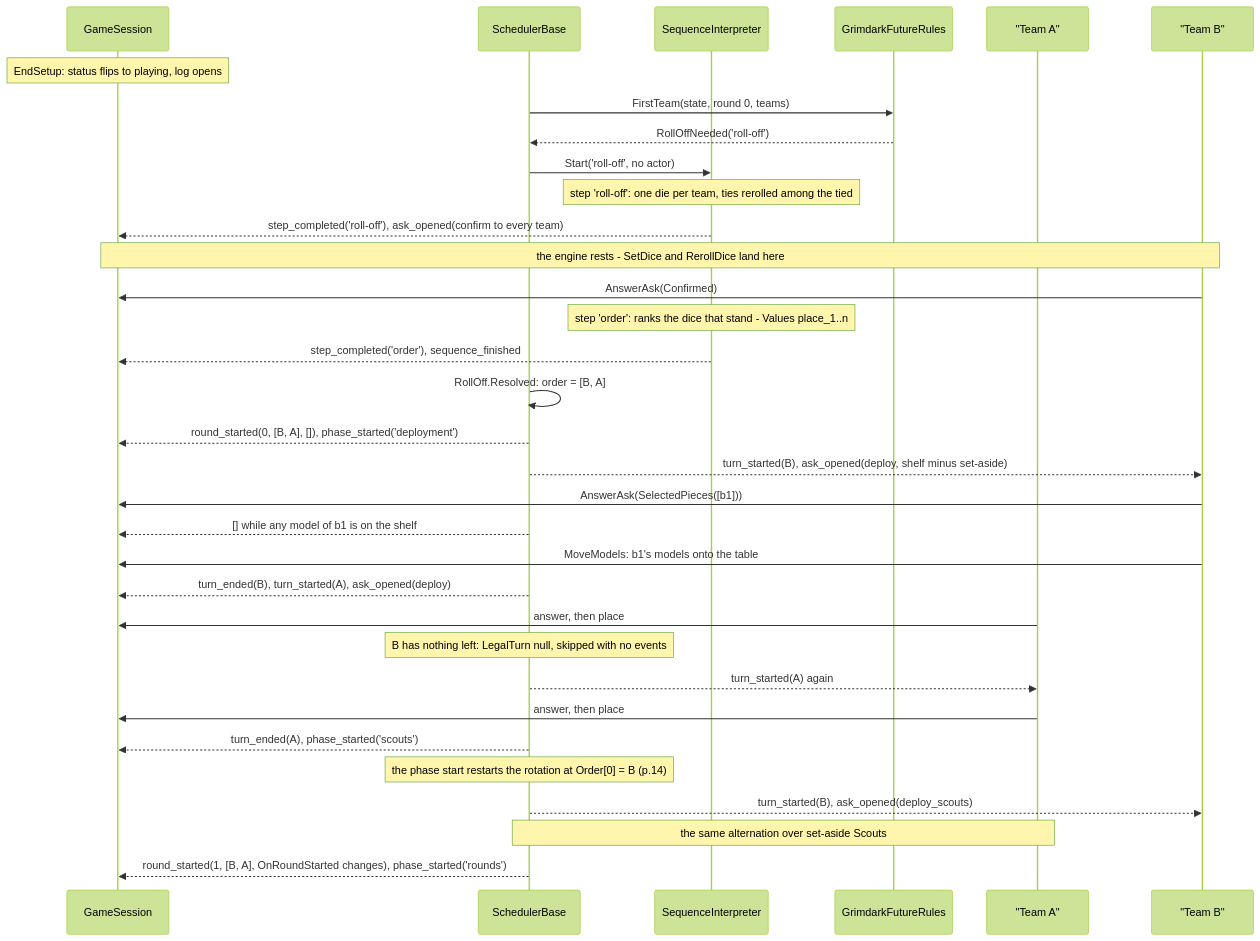
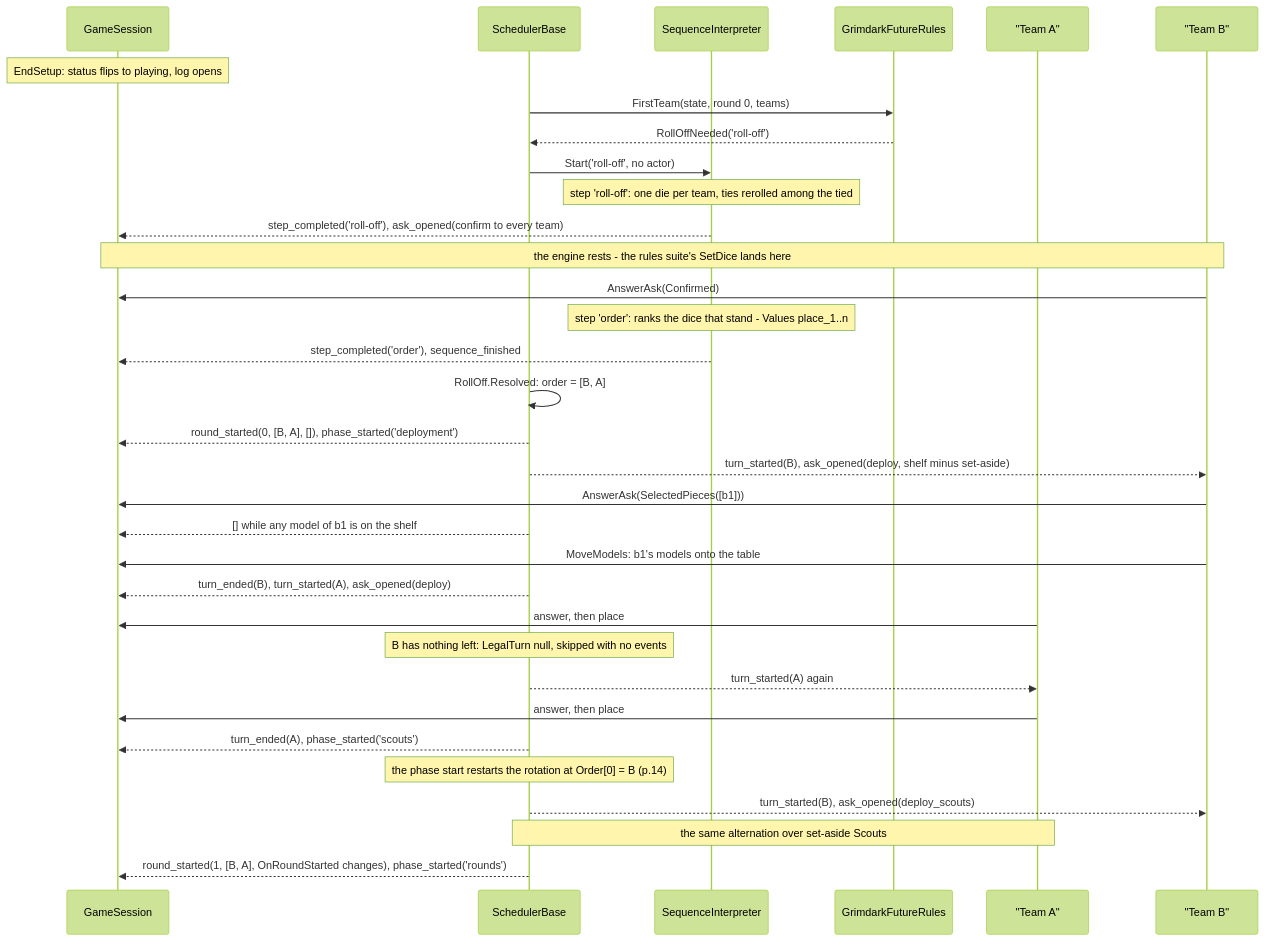
Before and after one commit to cstupi/tabletop: the eighth of 10 diagrams in docs/design/scheduler/design.md, drawn with Mermaid (forest theme). The commit also changed other lines of this file and 29 other files, not shown here.

First line of the commit message:
Docs: dice and modifiers are the rules' alone; SetDice is the suite's

````diff
--- a/docs/design/scheduler/design.md
+++ b/docs/design/scheduler/design.md
@@ -931,36 +931,36 @@
 ```mermaid
 sequenceDiagram
     participant S as GameSession
     participant Sc as SchedulerBase
     participant I as SequenceInterpreter
     participant R as GrimdarkFutureRules
     participant A as "Team A"
     participant B as "Team B"
 
     Note over S: EndSetup: status flips to playing, log opens
     Sc->>R: FirstTeam(state, round 0, teams)
     R-->>Sc: RollOffNeeded('roll-off')
     Sc->>I: Start('roll-off', no actor)
     Note over I: step 'roll-off': one die per team, ties rerolled among the tied
     I-->>S: step_completed('roll-off'), ask_opened(confirm to every team)
-    Note over S,B: the engine rests - SetDice and RerollDice land here
+    Note over S,B: the engine rests - the rules suite's SetDice lands here
     B->>S: AnswerAsk(Confirmed)
     Note over I: step 'order': ranks the dice that stand - Values place_1..n
     I-->>S: step_completed('order'), sequence_finished
     Sc->>Sc: RollOff.Resolved: order = [B, A]
     Sc-->>S: round_started(0, [B, A], []), phase_started('deployment')
     Sc-->>B: turn_started(B), ask_opened(deploy, shelf minus set-aside)
     B->>S: AnswerAsk(SelectedPieces([b1]))
     Sc-->>S: [] while any model of b1 is on the shelf
     B->>S: MoveModels: b1's models onto the table
     Sc-->>S: turn_ended(B), turn_started(A), ask_opened(deploy)
     A->>S: answer, then place
     Note over Sc: B has nothing left: LegalTurn null, skipped with no events
     Sc-->>A: turn_started(A) again
     A->>S: answer, then place
     Sc-->>S: turn_ended(A), phase_started('scouts')
     Note over Sc: the phase start restarts the rotation at Order[0] = B (p.14)
     Sc-->>B: turn_started(B), ask_opened(deploy_scouts)
     Note over Sc,A: the same alternation over set-aside Scouts
     Sc-->>S: round_started(1, [B, A], OnRoundStarted changes), phase_started('rounds')
 ```
````
